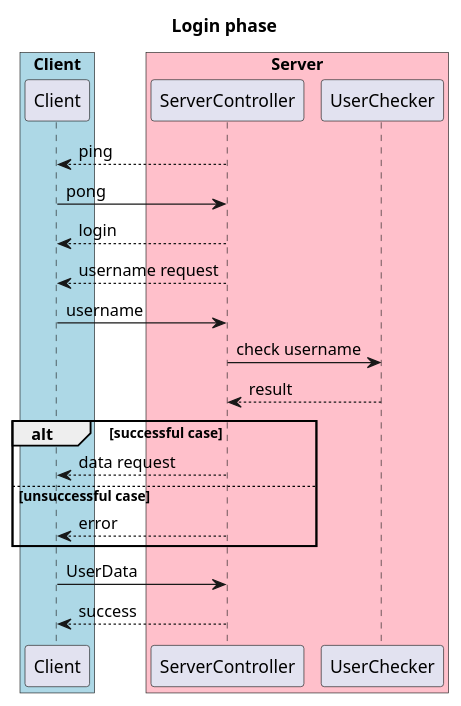
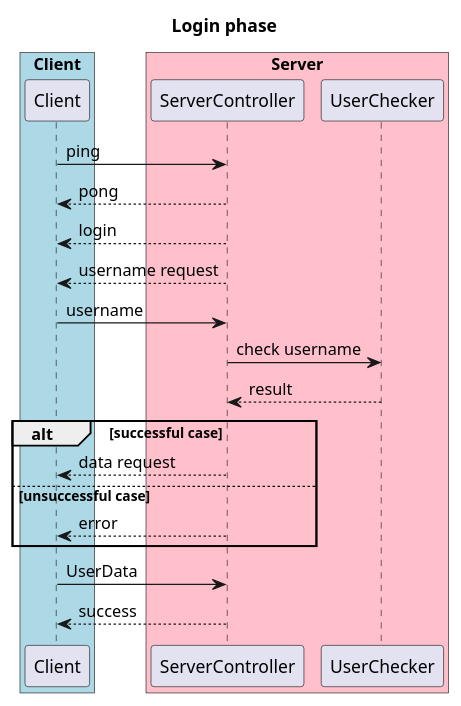
One commit to dltmtt/IS23-AM13 changed the diagram in docs/Sequence Diagram/Login Phase.puml. Above: the diagram before and after it, drawn with PlantUML. The commit also changed 2 other files, not shown here.

Commit message:
fix sequence diagram

```diff
--- a/docs/Sequence Diagram/Login Phase.puml
+++ b/docs/Sequence Diagram/Login Phase.puml
@@ -1,34 +1,35 @@
 @startuml
 title "Login phase"
 
 box "Client" #LightBlue
 participant Client
 end box
 
 box "Server" #Pink
 participant ServerController
 participant UserChecker
 end box
 
 'Client-Server connections
-Client<--ServerController: ping
-Client->ServerController: pong
+Client->ServerController: ping
+Client<--ServerController: pong
+
 Client<--ServerController: login
 Client<--ServerController: username request
 Client->ServerController: username
 
 
 'Server-UserChecker connections
 ServerController->UserChecker: check username
 UserChecker-->ServerController: result
 
 'alt cases
 alt successful case
 Client<--ServerController: data request
 else unsuccessful case
 Client<--ServerController: error
 end
 
 Client->ServerController: UserData
 Client<--ServerController: success
 @enduml
```
